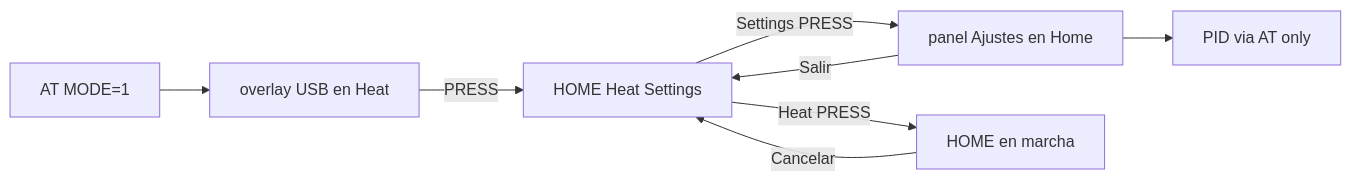
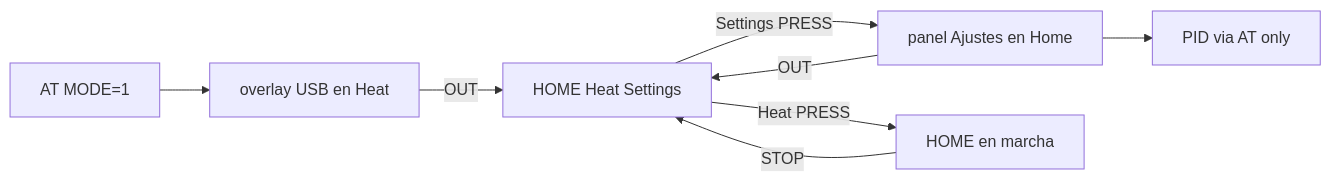
The second of 3 diagrams in doc/architecture.md (krisskira/smd-soldering-hotplate), drawn with Mermaid before and after one commit. The commit also changed other lines of this file and 9 other files, not shown here.

````diff
--- a/doc/architecture.md
+++ b/doc/architecture.md
@@ -70,15 +70,15 @@
 ```mermaid
 flowchart LR
   home["HOME Heat Settings"]
   set["panel Ajustes en Home"]
   pid["PID via AT only"]
   run["HOME en marcha"]
   usb["overlay USB en Heat"]
   home -->|Heat PRESS| run
   home -->|Settings PRESS| set
-  set -->|Salir| home
+  set -->|OUT| home
   set --> pid
-  run -->|Cancelar| home
+  run -->|STOP| home
   atUsb["AT MODE=1"] --> usb
-  usb -->|PRESS| home
+  usb -->|OUT| home
 ```
````
